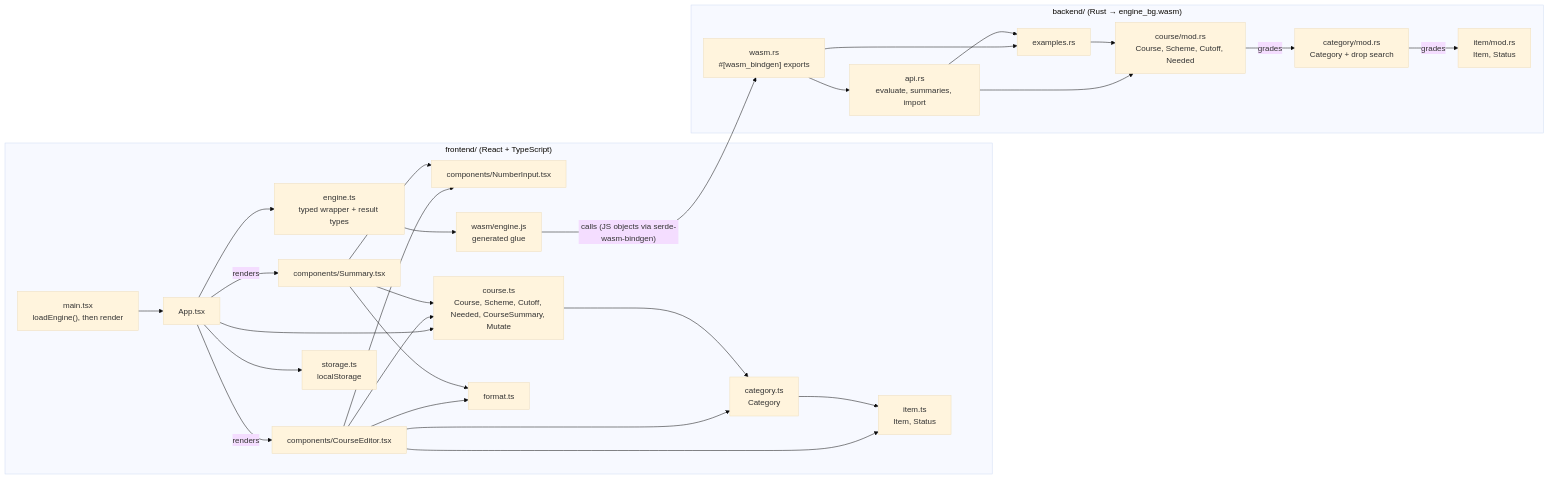
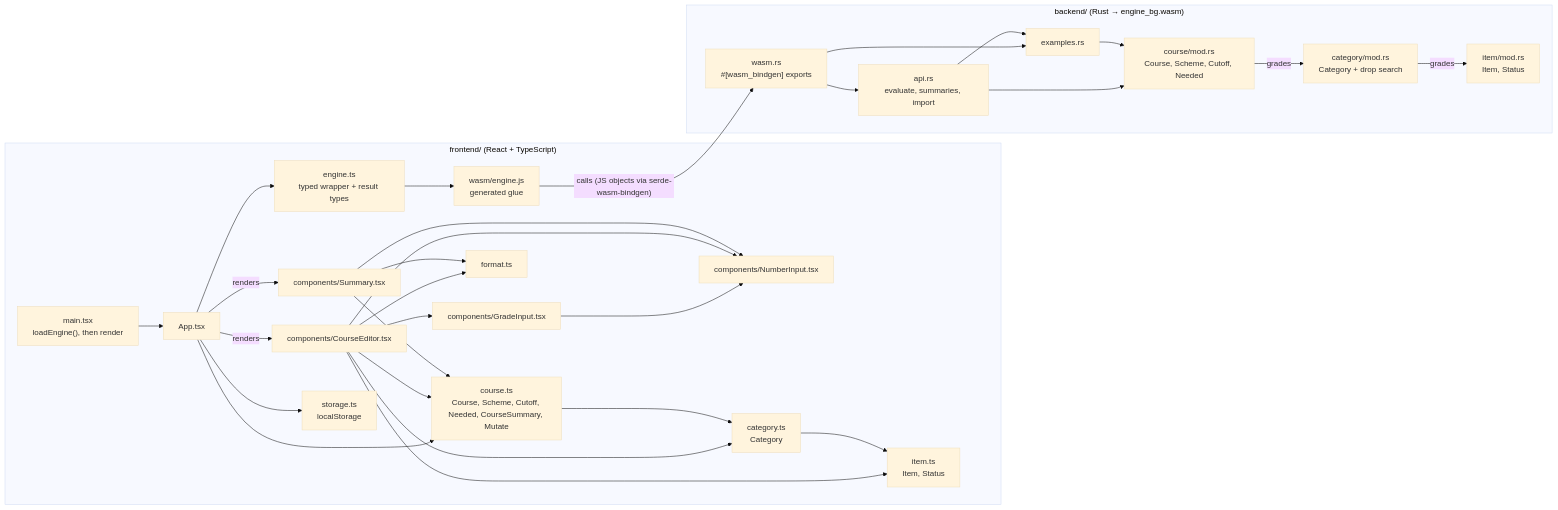
The first of 9 diagrams in docs/uml.md (Patman1O1/grade-calculator), drawn with Mermaid (base theme) before and after one commit. The commit also changed other lines of this file and 20 other files, not shown here.

````diff
--- a/docs/uml.md
+++ b/docs/uml.md
@@ -20,49 +20,51 @@
 ```mermaid
 flowchart LR
   subgraph frontend["frontend/ (React + TypeScript)"]
     main["main.tsx<br/>loadEngine(), then render"]
     App["App.tsx"]
     CourseEditor["components/CourseEditor.tsx"]
     Summary["components/Summary.tsx"]
+    GradeInput["components/GradeInput.tsx"]
     NumberInput["components/NumberInput.tsx"]
     coursets["course.ts<br/>Course, Scheme, Cutoff, Needed, CourseSummary, Mutate"]
     categoryts["category.ts<br/>Category"]
     itemts["item.ts<br/>Item, Status"]
     enginets["engine.ts<br/>typed wrapper + result types"]
     glue["wasm/engine.js<br/>generated glue"]
     storage["storage.ts<br/>localStorage"]
     format["format.ts"]
   end
   subgraph engine["backend/ (Rust → engine_bg.wasm)"]
     wasm["wasm.rs<br/>#[wasm_bindgen] exports"]
     api["api.rs<br/>evaluate, summaries, import"]
     item["item/mod.rs<br/>Item, Status"]
     category["category/mod.rs<br/>Category + drop search"]
     course["course/mod.rs<br/>Course, Scheme, Cutoff, Needed"]
     examples["examples.rs"]
   end
 
   main --> App
   App --> enginets --> glue
   App --> storage
   App -->|renders| CourseEditor
   App -->|renders| Summary
+  CourseEditor --> GradeInput --> NumberInput
   CourseEditor --> NumberInput
   Summary --> NumberInput
   CourseEditor --> format
   Summary --> format
   App --> coursets
   CourseEditor --> coursets
   CourseEditor --> categoryts
   CourseEditor --> itemts
   Summary --> coursets
   coursets --> categoryts --> itemts
   glue -->|"calls (JS objects via serde-wasm-bindgen)"| wasm
   wasm --> api
   wasm --> examples
   api --> course
   api --> examples
   examples --> course
   course -->|grades| category
   category -->|grades| item
 ```
````
